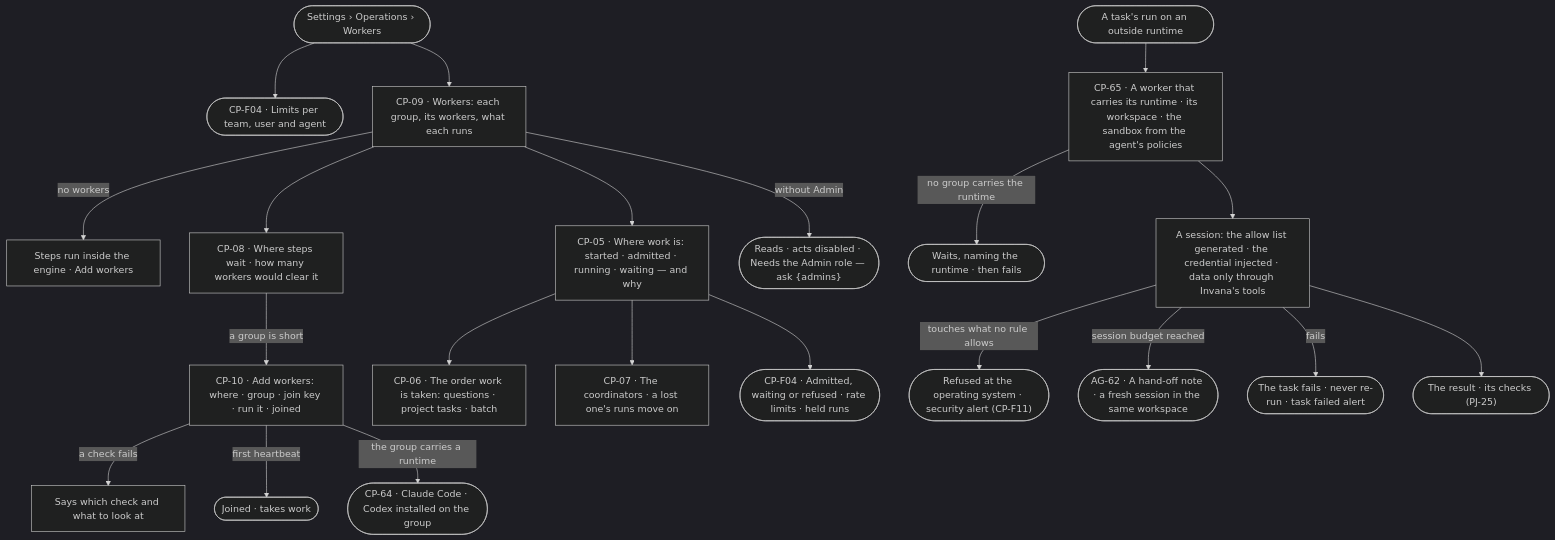
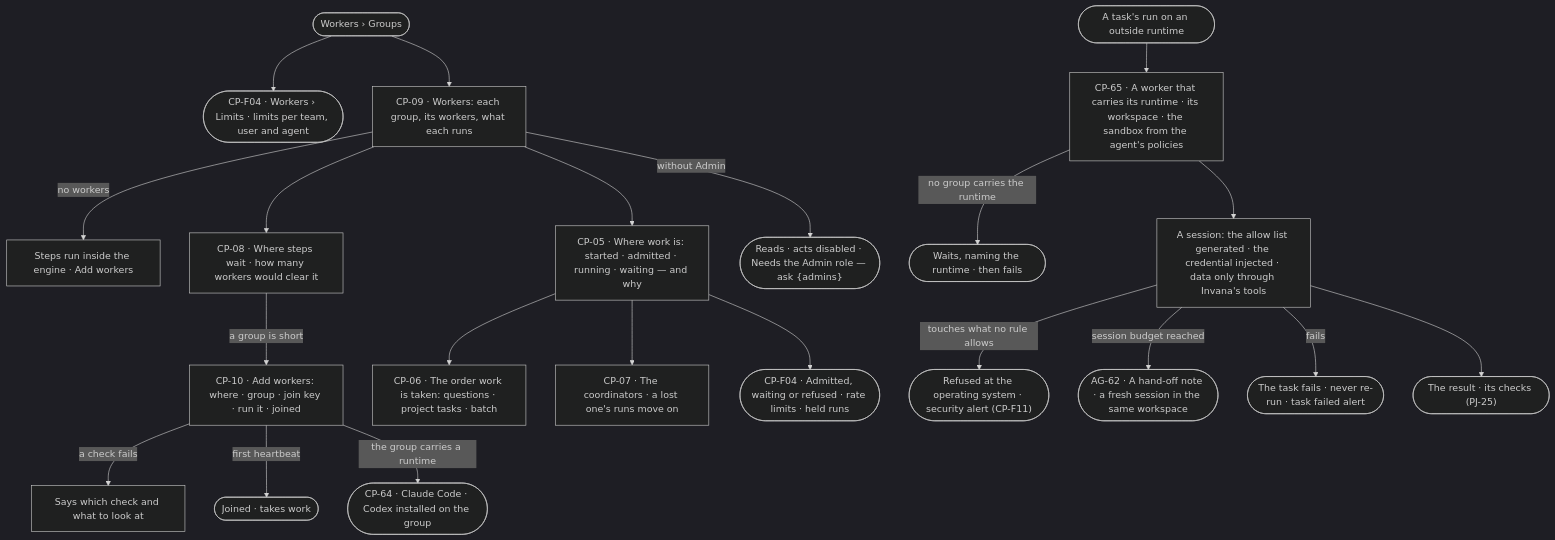
Before and after one commit to invana/invana: the first of 3 diagrams in specs/os/control/features/CP-F03-workers-and-the-queue/feature.md, drawn with Mermaid (dark theme). The commit also changed other lines of this file and 133 other files, not shown here.

````diff
--- a/specs/os/control/features/CP-F03-workers-and-the-queue/feature.md
+++ b/specs/os/control/features/CP-F03-workers-and-the-queue/feature.md
@@ -26,23 +26,23 @@
 ```mermaid
 flowchart TD
-  s([Settings › Operations › Workers]) --> lim(["CP-F04 · Limits per team, user and agent"])
+  s([Workers › Groups]) --> lim(["CP-F04 · Workers › Limits · limits per team, user and agent"])
   s --> wk["CP-09 · Workers: each group, its workers, what each runs"]
   wk -->|no workers| nw["Steps run inside the engine · Add workers"]
   wk --> cap["CP-08 · Where steps wait · how many workers would clear it"]
   cap -->|a group is short| add["CP-10 · Add workers: where · group · join key · run it · joined"]
   add -->|a check fails| fx["Says which check and what to look at"]
   add -->|first heartbeat| j(["Joined · takes work"])
   wk --> flow["CP-05 · Where work is: started · admitted · running · waiting — and why"]
   flow --> ord["CP-06 · The order work is taken: questions · project tasks · batch"]
   flow --> co["CP-07 · The coordinators · a lost one's runs move on"]
   flow --> adm(["CP-F04 · Admitted, waiting or refused · rate limits · held runs"])
   wk -->|without Admin| ro(["Reads · acts disabled · Needs the Admin role — ask {admins}"])
   add -->|the group carries a runtime| rt(["CP-64 · Claude Code · Codex installed on the group"])
   task([A task's run on an outside runtime]) --> sbx["CP-65 · A worker that carries its runtime · its workspace · the sandbox from the agent's policies"]
   sbx -->|no group carries the runtime| nr(["Waits, naming the runtime · then fails"])
   sbx --> ses["A session: the allow list generated · the credential injected · data only through Invana's tools"]
   ses -->|touches what no rule allows| ref(["Refused at the operating system · security alert (CP-F11)"])
   ses -->|session budget reached| ho(["AG-62 · A hand-off note · a fresh session in the same workspace"])
   ses -->|fails| fl(["The task fails · never re-run · task failed alert"])
   ses --> done(["The result · its checks (PJ-25)"])
 ```
````
